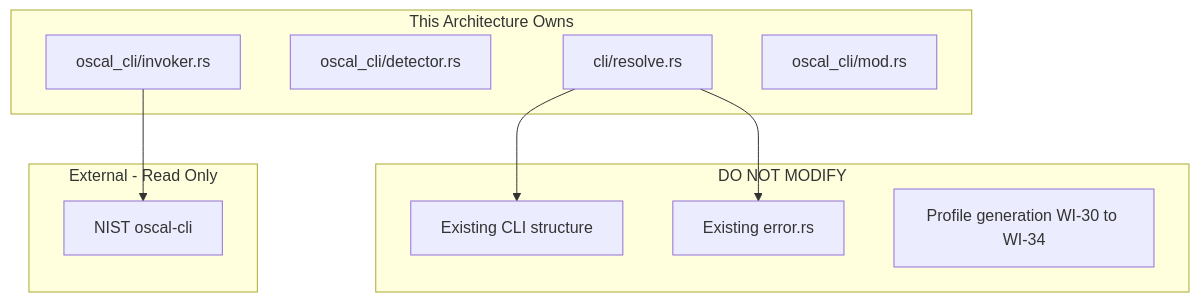
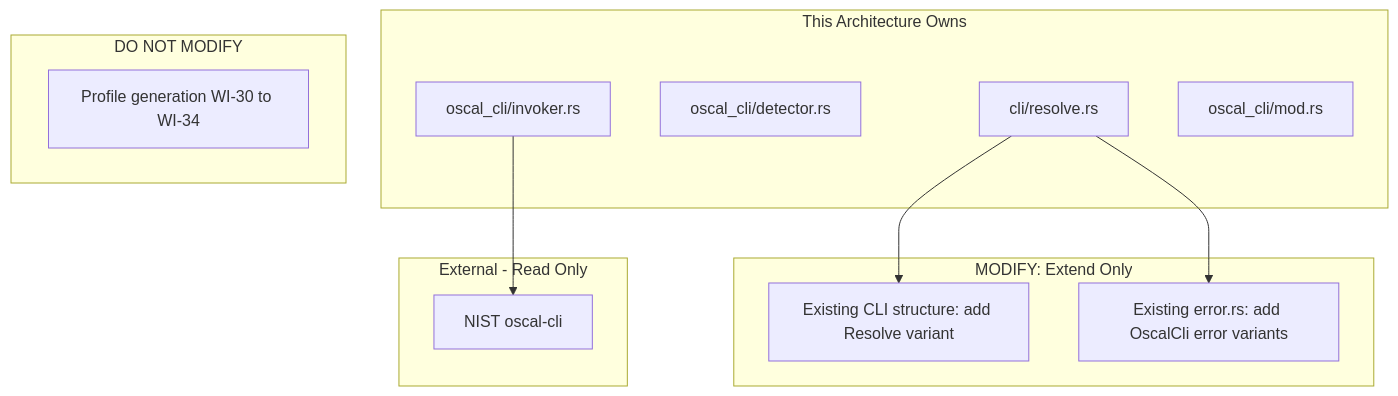
One commit to policy-forge/forge changed the seventh of 7 diagrams in docs/AR/036-ar-oscal-cli-profile-resolution.md. Above: the diagram before and after it, drawn with Mermaid. The commit also changed other lines of this file and 18 other files, not shown here.

First line of the commit message:
feat: add oscal-cli profile resolution integration (WI-36)

````diff
--- a/docs/AR/036-ar-oscal-cli-profile-resolution.md
+++ b/docs/AR/036-ar-oscal-cli-profile-resolution.md
@@ -486,23 +490,26 @@
 ```mermaid
 graph TD
     subgraph "This Architecture Owns"
         A[cli/resolve.rs]
         B[oscal_cli/detector.rs]
         C[oscal_cli/invoker.rs]
         D[oscal_cli/mod.rs]
     end
 
+    subgraph "MODIFY: Extend Only"
+        E[Existing CLI structure: add Resolve variant]
+        F[Existing error.rs: add OscalCli error variants]
+    end
+
     subgraph "DO NOT MODIFY"
-        E[Existing CLI structure]
-        F[Existing error.rs]
         G[Profile generation WI-30 to WI-34]
     end
 
     subgraph "External - Read Only"
         H[NIST oscal-cli]
     end
 
     A --> E
     C --> H
     A --> F
 ```
````
